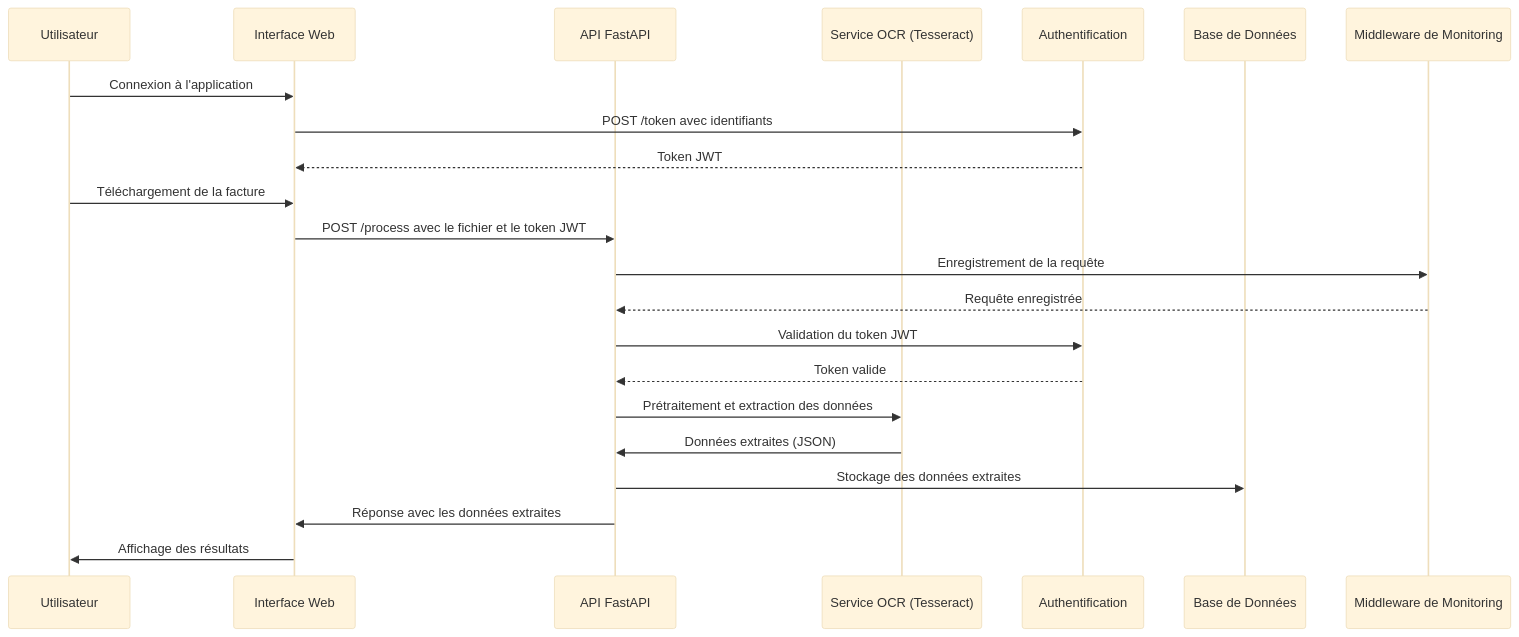
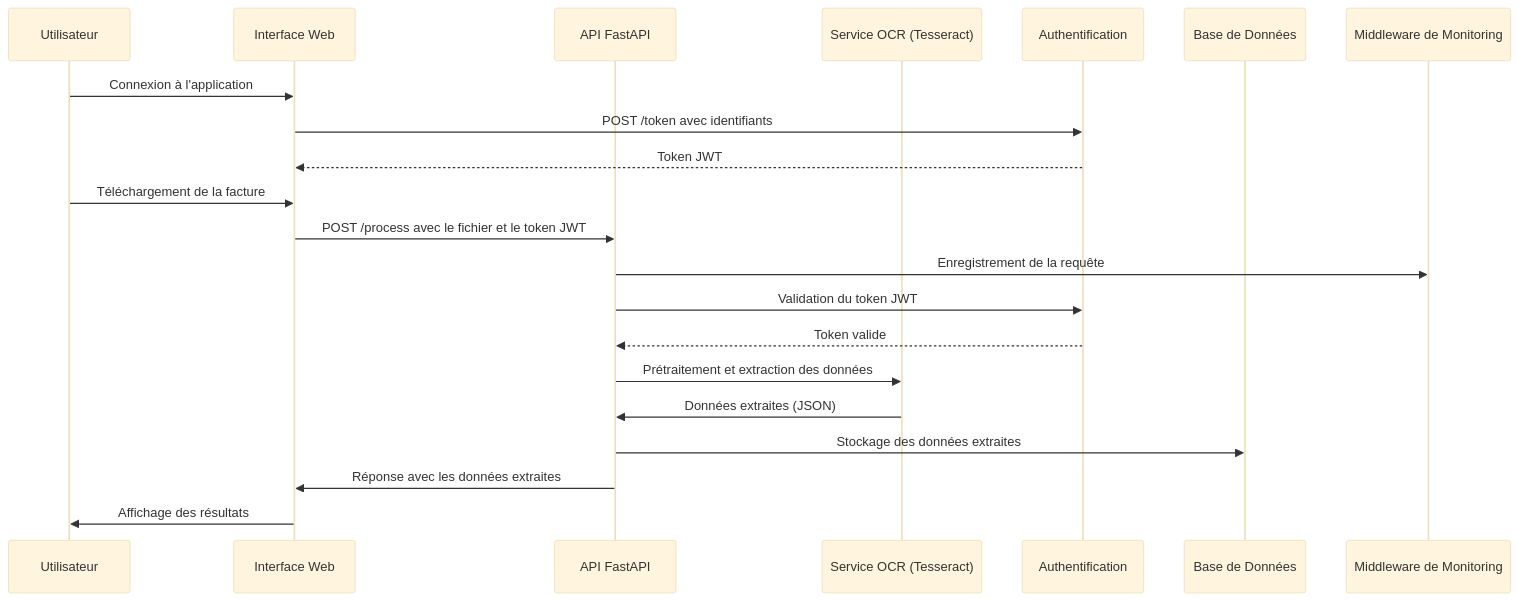
One commit to MelodyDuplaix/Projet_OCR changed the diagram in README.md. Above: the diagram before and after it, drawn with Mermaid (base theme). The commit also changed 2 other files, not shown here.

Commit message:
Refactor: ajout de l'authentification pour l'accès aux routes de données

````diff
--- a/README.md
+++ b/README.md
@@ -73,25 +73,24 @@
 ```mermaid
 sequenceDiagram
     participant User as Utilisateur
     participant Frontend as Interface Web
     participant API as API FastAPI
     participant OCR as Service OCR (Tesseract)
     participant Auth as Authentification
     participant DB as Base de Données
     participant Monitoring as Middleware de Monitoring
 
     User->>Frontend: Connexion à l'application
     Frontend->>Auth: POST /token avec identifiants
     Auth-->>Frontend: Token JWT
     User->>Frontend: Téléchargement de la facture
     Frontend->>API: POST /process avec le fichier et le token JWT
     API->>Monitoring: Enregistrement de la requête
-    Monitoring-->>API: Requête enregistrée
     API->>Auth: Validation du token JWT
     Auth-->>API: Token valide
     API->>OCR: Prétraitement et extraction des données
     OCR->>API: Données extraites (JSON)
     API->>DB: Stockage des données extraites
     API->>Frontend: Réponse avec les données extraites
     Frontend->>User: Affichage des résultats
 ```
````
